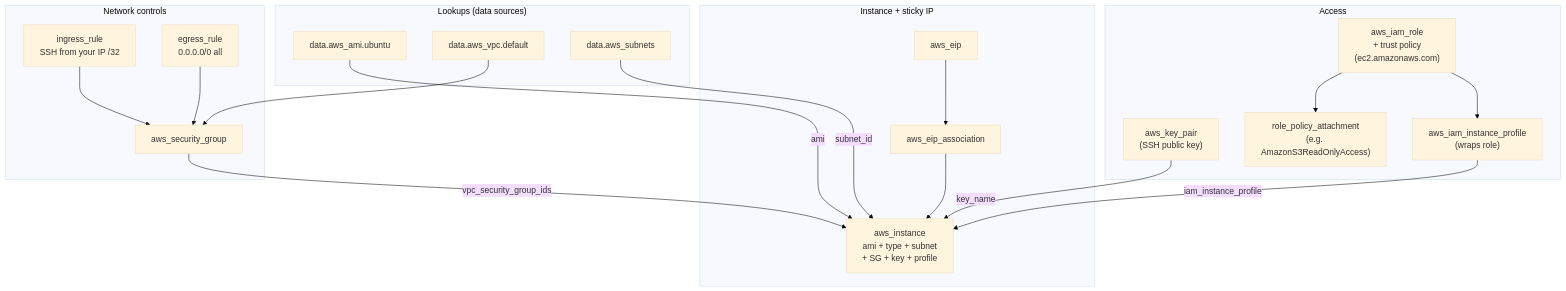
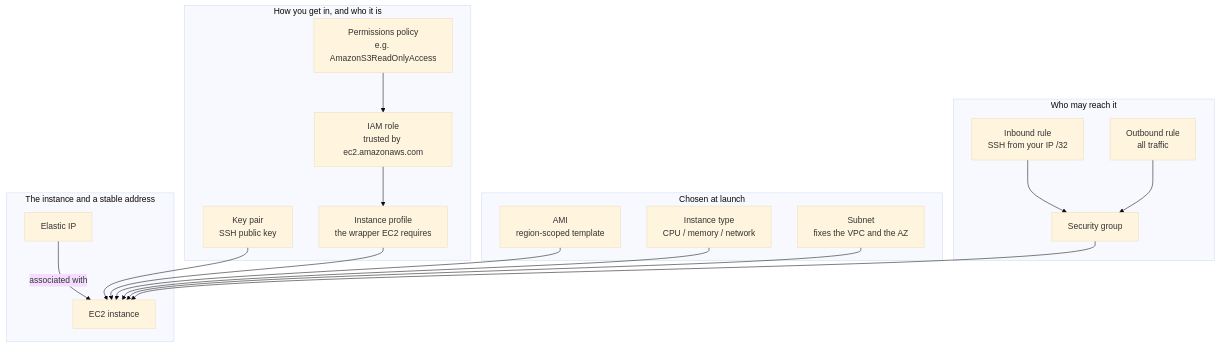
Before and after one commit to rahilbshah/aws-tf-lab: the diagram in aws-tf-lab/02-ec2.md, drawn with Mermaid (base theme). The commit also changed other lines of this file and 3 other files, not shown here.

````diff
--- a/aws-tf-lab/02-ec2.md
+++ b/aws-tf-lab/02-ec2.md
@@ -193,39 +200,38 @@
 ```mermaid
 flowchart TD
-    subgraph LOOKUP["Lookups (data sources)"]
-        AMI["data.aws_ami.ubuntu"]
-        VPC["data.aws_vpc.default"]
-        SUBNETS["data.aws_subnets"]
+    subgraph CHOOSE["Chosen at launch"]
+        AMI["AMI<br/>region-scoped template"]
+        TYPE["Instance type<br/>CPU / memory / network"]
+        SUBNET["Subnet<br/>fixes the VPC and the AZ"]
     end
 
-    subgraph NETWORK["Network controls"]
-        SG["aws_security_group"]
-        IN["ingress_rule<br/>SSH from your IP /32"]
-        EG["egress_rule<br/>0.0.0.0/0 all"]
+    subgraph NETWORK["Who may reach it"]
+        SG["Security group"]
+        IN["Inbound rule<br/>SSH from your IP /32"]
+        EG["Outbound rule<br/>all traffic"]
     end
 
-    subgraph ACCESS["Access"]
-        KP["aws_key_pair<br/>(SSH public key)"]
-        ROLE["aws_iam_role<br/>+ trust policy<br/>(ec2.amazonaws.com)"]
-        ATT["role_policy_attachment<br/>(e.g. AmazonS3ReadOnlyAccess)"]
-        PROFILE["aws_iam_instance_profile<br/>(wraps role)"]
+    subgraph ACCESS["How you get in, and who it is"]
+        KP["Key pair<br/>SSH public key"]
+        POL["Permissions policy<br/>e.g. AmazonS3ReadOnlyAccess"]
+        ROLE["IAM role<br/>trusted by ec2.amazonaws.com"]
+        PROFILE["Instance profile<br/>the wrapper EC2 requires"]
     end
 
-    subgraph INST["Instance + sticky IP"]
-        EC2["aws_instance<br/>ami + type + subnet<br/>+ SG + key + profile"]
-        EIP["aws_eip"]
-        ASSOC["aws_eip_association"]
+    subgraph INST["The instance and a stable address"]
+        EC2["EC2 instance"]
+        EIP["Elastic IP"]
     end
 
-    AMI -->|ami| EC2
-    SUBNETS -->|subnet_id| EC2
-    VPC --> SG
-    SG -->|vpc_security_group_ids| EC2
+    AMI --> EC2
+    TYPE --> EC2
+    SUBNET --> EC2
     IN --> SG
     EG --> SG
-    KP -->|key_name| EC2
-    ROLE --> ATT
+    SG --> EC2
+    KP --> EC2
+    POL --> ROLE
     ROLE --> PROFILE
-    PROFILE -->|iam_instance_profile| EC2
-    EIP --> ASSOC --> EC2
+    PROFILE --> EC2
+    EIP -->|associated with| EC2
 ```
````
